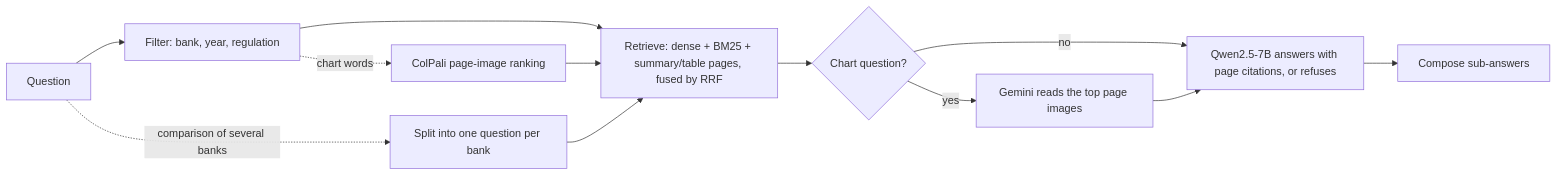
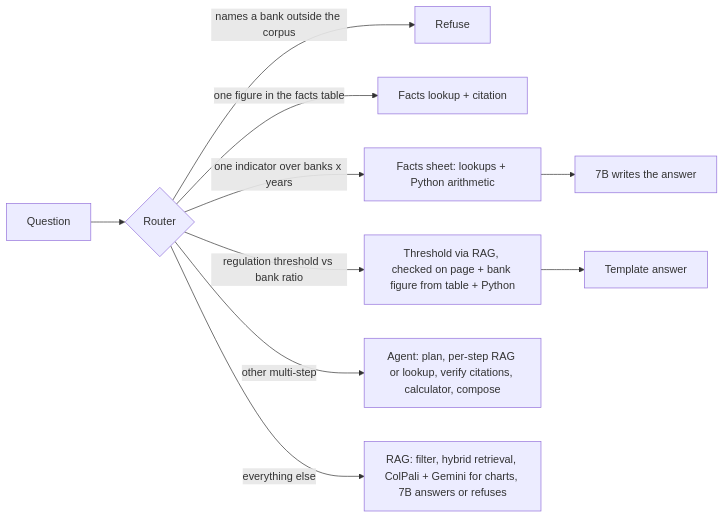
One commit to archiesinaga/telaah changed the diagram in README.md. Above: the diagram before and after it, drawn with Mermaid. The commit also changed other lines of this file, not shown here.

Commit message:
README: Phase 3 results (agent tasks dev/held-out, facts table, router, regulation path), updated seed results, setup and limitations

````diff
--- a/README.md
+++ b/README.md
@@ -58,13 +97,10 @@
 ```mermaid
 flowchart LR
-    Q[Question] --> F[Filter: bank, year, regulation]
-    F --> R[Retrieve: dense + BM25 + summary/table pages, fused by RRF]
-    F -. chart words .-> C[ColPali page-image ranking]
-    C --> R
-    R --> V{Chart question?}
-    V -- yes --> G[Gemini reads the top page images]
-    V -- no --> L
-    G --> L[Qwen2.5-7B answers with page citations, or refuses]
-    Q -. comparison of several banks .-> S[Split into one question per bank] --> R
-    L --> Z[Compose sub-answers]
+    Q[Question] --> RT{Router}
+    RT -- names a bank outside the corpus --> X[Refuse]
+    RT -- one figure in the facts table --> FT[Facts lookup + citation]
+    RT -- one indicator over banks x years --> SH[Facts sheet: lookups + Python arithmetic] --> W[7B writes the answer]
+    RT -- regulation threshold vs bank ratio --> RG[Threshold via RAG, checked on page + bank figure from table + Python] --> TP[Template answer]
+    RT -- other multi-step --> AG[Agent: plan, per-step RAG or lookup, verify citations, calculator, compose]
+    RT -- everything else --> RAG[RAG: filter, hybrid retrieval, ColPali + Gemini for charts, 7B answers or refuses]
 ```
````
